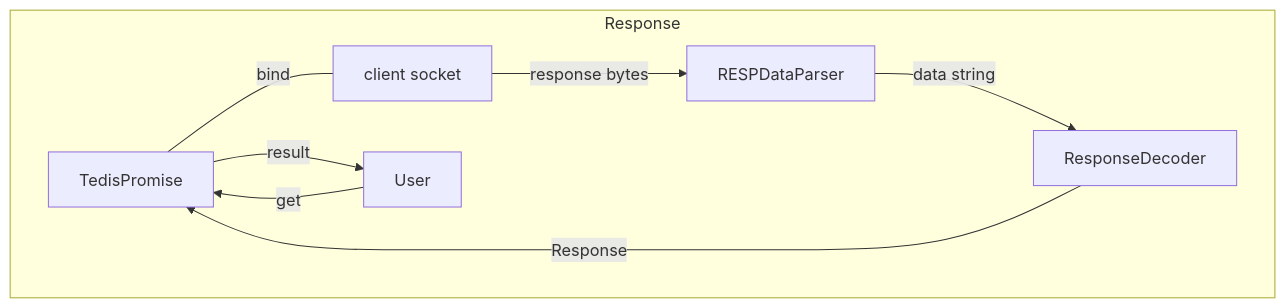
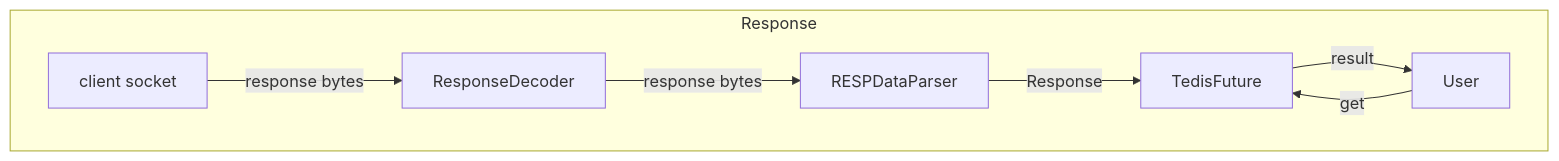
One commit to innun/Tedis changed the second of 2 diagrams in doc/TedisDoc.md. Above: the diagram before and after it, drawn with Mermaid. The commit also changed other lines of this file and 7 other files, not shown here.

````diff
--- a/doc/TedisDoc.md
+++ b/doc/TedisDoc.md
@@ -59,11 +28,10 @@
 ```mermaid
 graph TD   
    subgraph Response
-   I --bind--- F
-   F[client socket] --response bytes-->G[RESPDataParser]
-   G --data string--> H[ResponseDecoder]
-   H --Response--> I[TedisPromise]
+   G[client socket] --response bytes-->F[ResponseDecoder]
+   F --response bytes--> H[RESPDataParser]
+   H --Response--> I[TedisFuture]
    I --result--> J[User]
    J --get--> I
    end
 ```
````
